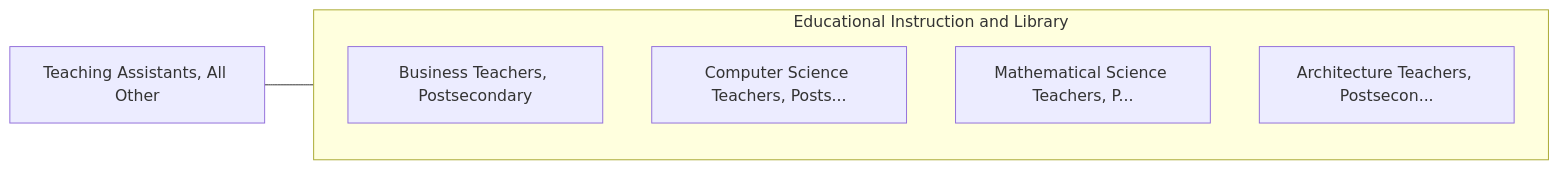
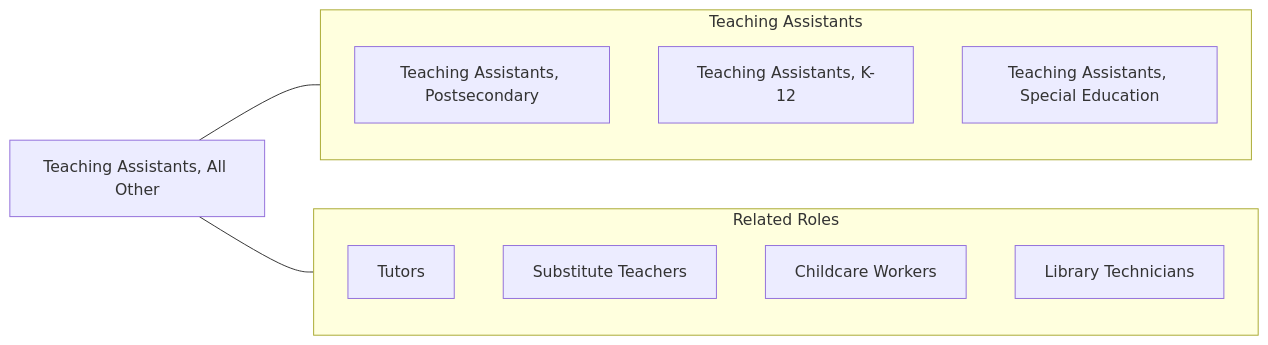
One commit to kziemski/business.org.ai changed the fourth of 4 diagrams in occupations/Education/TeachingAssistants.mdx. Above: the diagram before and after it, drawn with Mermaid. The commit also changed other lines of this file and 938 other files, not shown here.

````diff
--- a/occupations/Education/TeachingAssistants.mdx
+++ b/occupations/Education/TeachingAssistants.mdx
@@ -55,13 +176,20 @@
 ```mermaid
 graph LR
     Current["Teaching Assistants, All Other"]
 
-    subgraph SameCategory["Educational Instruction and Library"]
-        BusinessTeachersPost["Business Teachers, Postsecondary"]
-        ComputerScienceTeach["Computer Science Teachers, Posts..."]
-        MathematicalScienceT["Mathematical Science Teachers, P..."]
-        ArchitectureTeachers["Architecture Teachers, Postsecon..."]
+    subgraph SameCategory["Teaching Assistants"]
+        PostsecTA["Teaching Assistants, Postsecondary"]
+        K12TA["Teaching Assistants, K-12"]
+        SpEdTA["Teaching Assistants, Special Education"]
+    end
+
+    subgraph CrossFunctional["Related Roles"]
+        Tutors["Tutors"]
+        Subs["Substitute Teachers"]
+        Childcare["Childcare Workers"]
+        LibTech["Library Technicians"]
     end
 
     Current --- SameCategory
+    Current --- CrossFunctional
 ```
````
